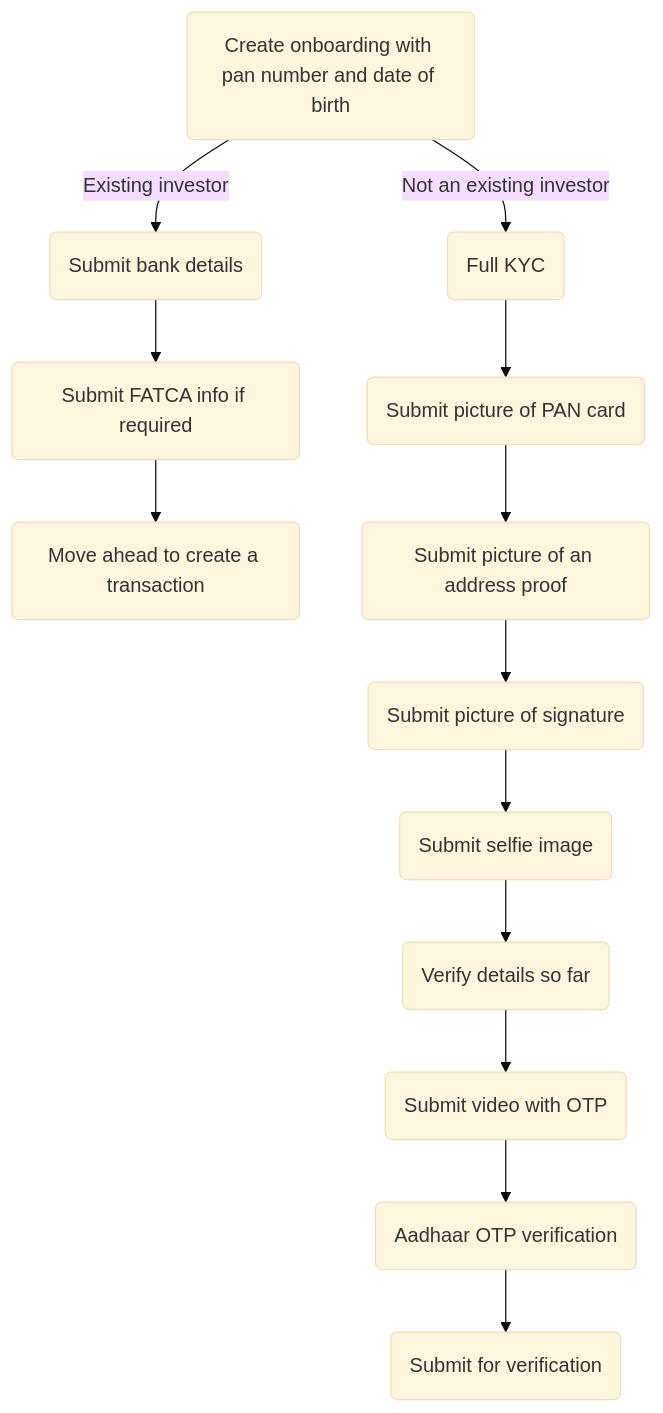
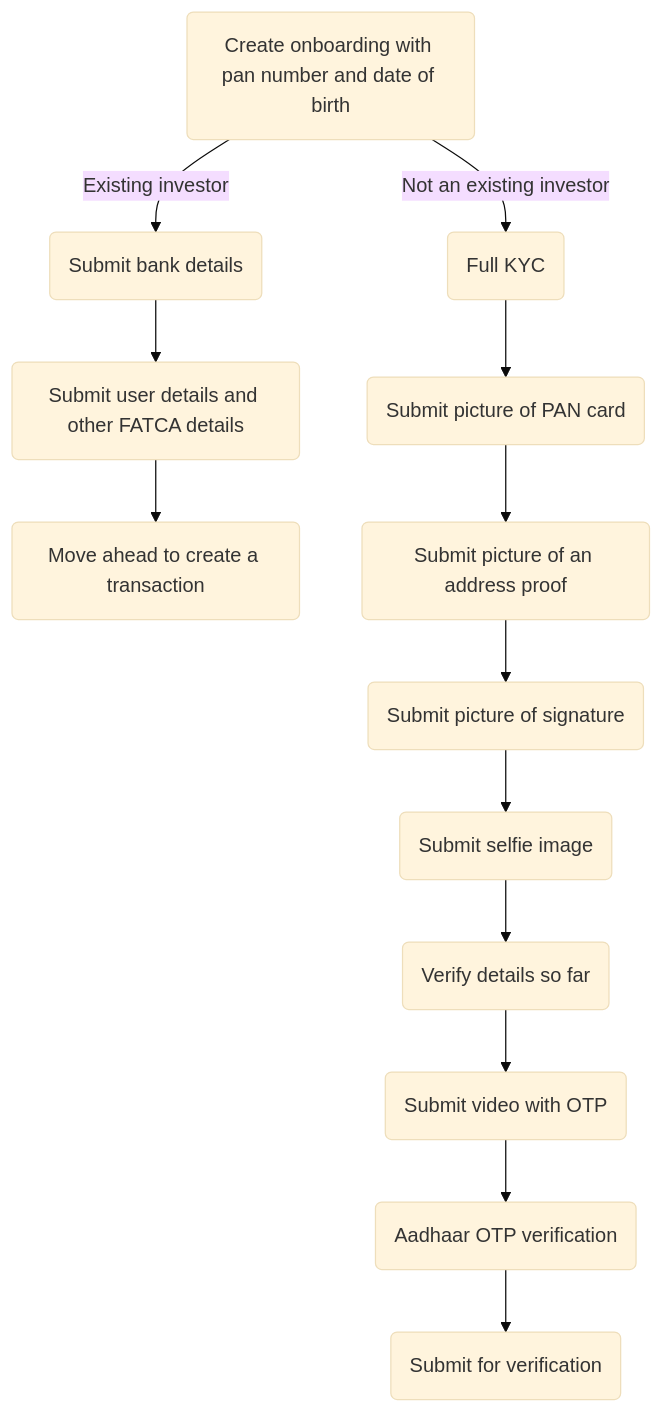
The first of 6 diagrams in source/index.html.md (MoolahTech/slate), drawn with Mermaid (base theme) before and after one commit. The commit also changed other lines of this file, not shown here.

```diff
--- a/source/index.html.md
+++ b/source/index.html.md
@@ -74,15 +74,15 @@
 <div class="mermaid">
   graph TD;
   create_onboarding(Create onboarding with pan number and date of birth)-- Existing investor -->submit_bank_details(Submit bank details)
   create_onboarding-- Not an existing investor -->full_kyc(Full KYC);
-  submit_bank_details-->submit_fatca(Submit FATCA info if required);
-  submit_fatca-->create_transaction(Move ahead to create a transaction);
+  submit_bank_details-->update_onboarding(Submit user details and other FATCA details);
+  update_onboarding-->create_transaction(Move ahead to create a transaction);
   full_kyc-->submit_pan(Submit picture of PAN card);
   submit_pan-->submit_address(Submit picture of an address proof);
   submit_address-->submit_signature(Submit picture of signature);
   submit_signature-->submit_selfie(Submit selfie image);
   submit_selfie-->verify_details(Verify details so far);
   verify_details-->submit_video(Submit video with OTP);
   submit_video-->aadhaar_sign(Aadhaar OTP verification);
   aadhaar_sign-->submit_full_kyc(Submit for verification);
 </div>
```
